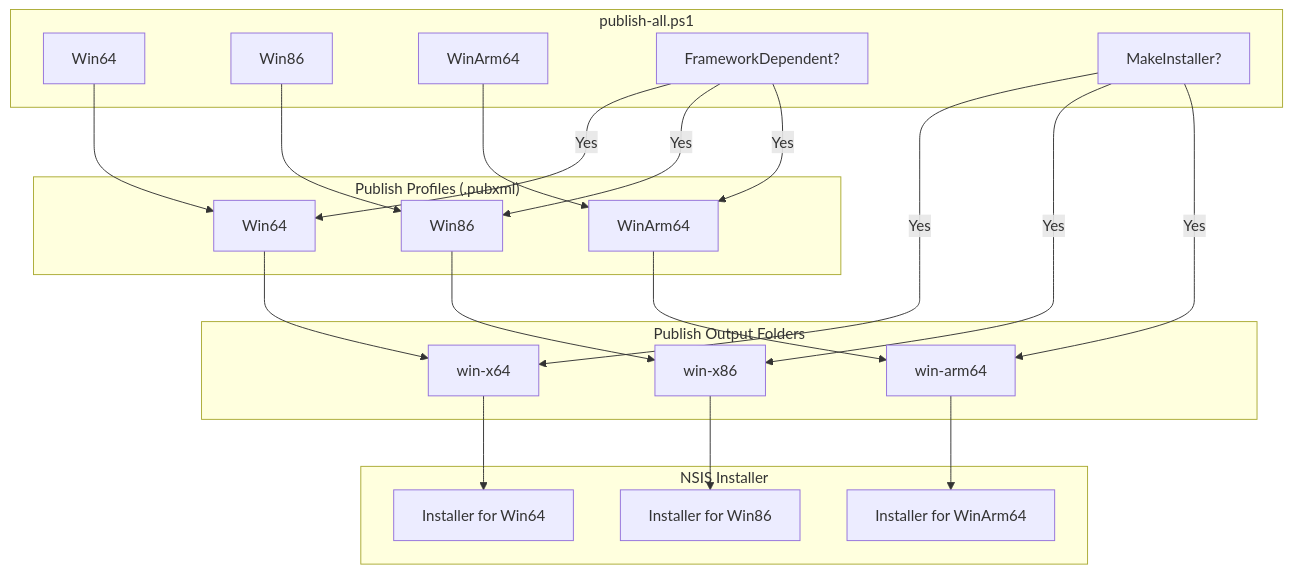
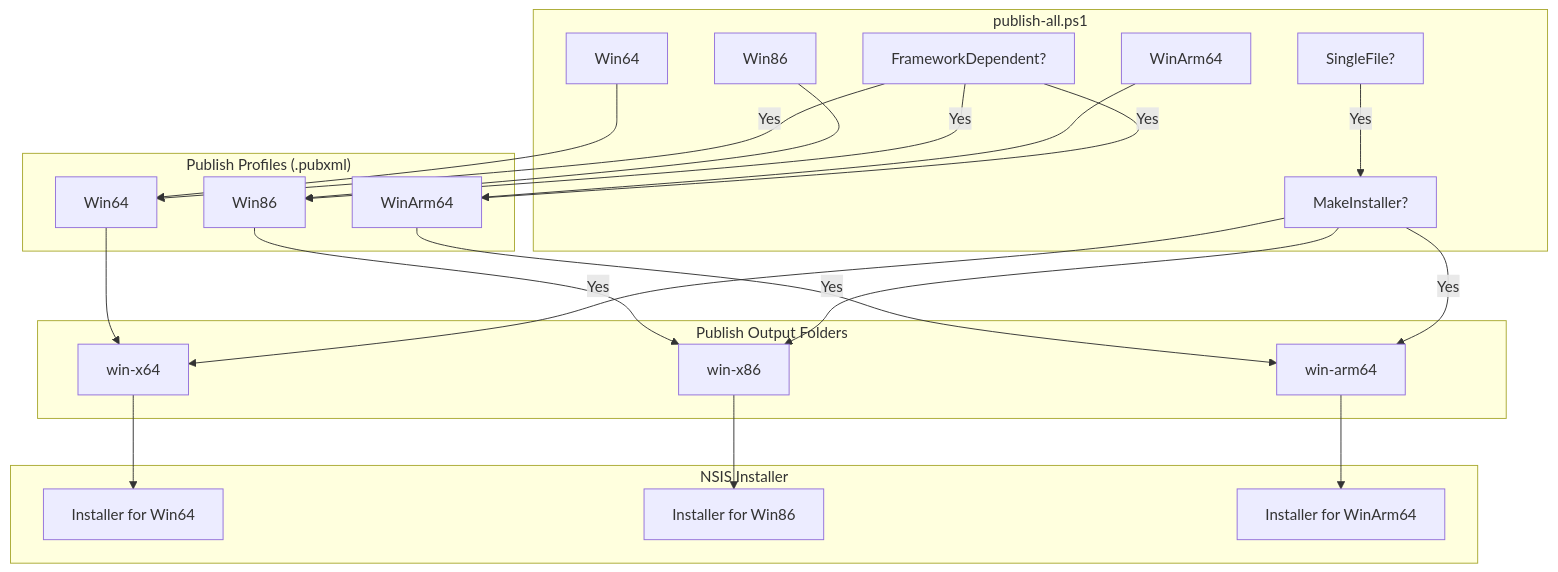
One commit to ultraslayyy/I-am-bored changed the diagram in notepad#/README.md. Above: the diagram before and after it, drawn with Mermaid. The commit also changed 3 other files, not shown here.

````diff
--- a/notepad#/README.md
+++ b/notepad#/README.md
@@ -73,49 +73,51 @@
 ```mermaid
 flowchart TD
     subgraph PS["publish-all.ps1"]
         P1[Win64]
         P2[Win86]
         P3[WinArm64]
         FD[FrameworkDependent?]
         MI[MakeInstaller?]
+        SF[SingleFile?]
     end
 
     subgraph Profiles["Publish Profiles (.pubxml)"]
         A[Win64]
         B[Win86]
         C[WinArm64]
     end
 
     subgraph Output["Publish Output Folders"]
         D[win-x64]
         E[win-x86]
         F[win-arm64]
     end
 
     subgraph Installer["NSIS Installer"]
         G[Installer for Win64]
         H[Installer for Win86]
         I[Installer for WinArm64]
     end
 
     %% Publish flow
     P1 --> A
     P2 --> B
     P3 --> C
     FD -->|Yes| A
     FD -->|Yes| B
     FD -->|Yes| C
 
     A --> D
     B --> E
     C --> F
 
     %% Installer flow
+    SF -->|Yes| MI
     MI -->|Yes| D
     MI -->|Yes| E
     MI -->|Yes| F
 
     D --> G
     E --> H
     F --> I
 ```
````
